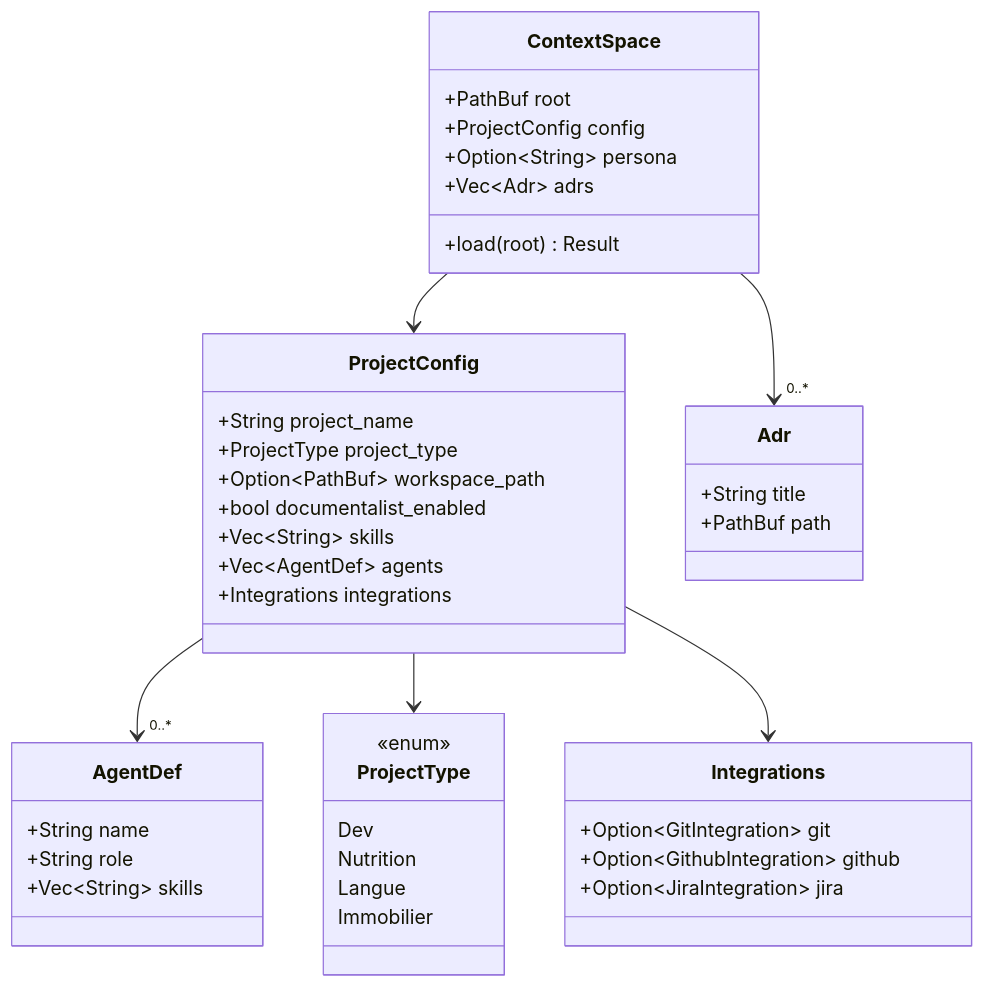
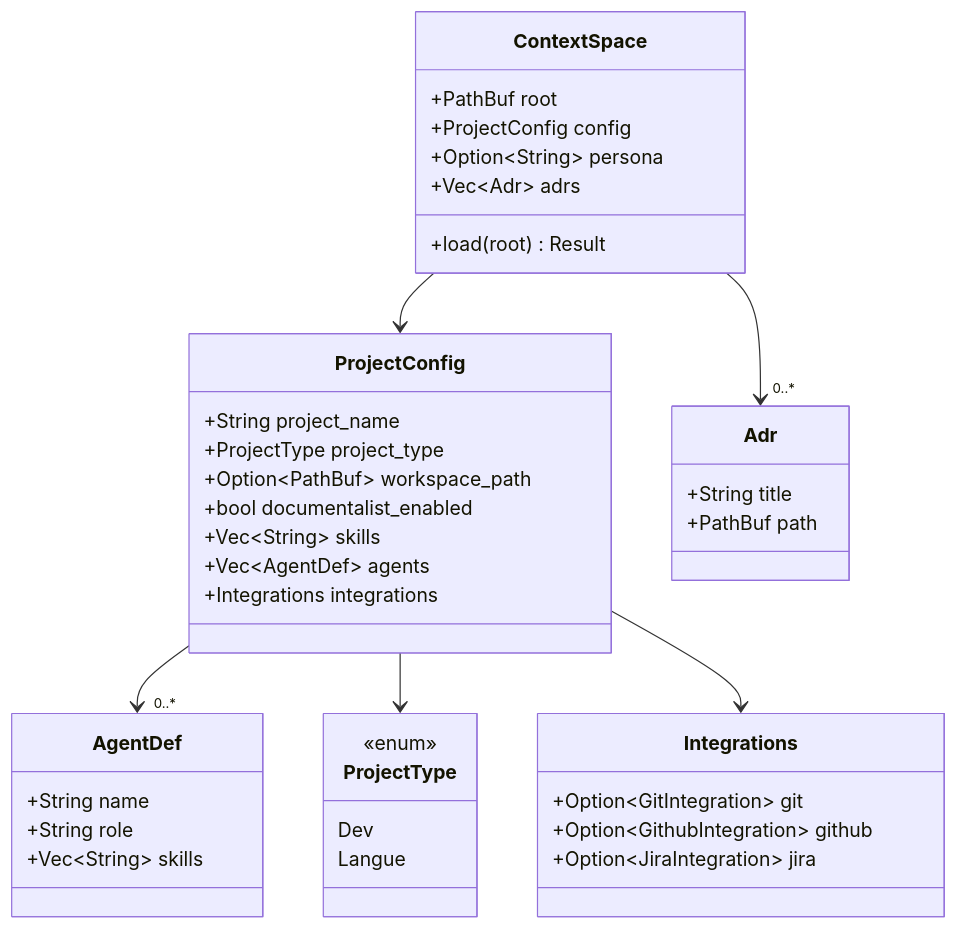
One commit to maximelarrieu/orchestra-ide changed the second of 7 diagrams in docs/ARCHITECTURE.md. Above: the diagram before and after it, drawn with Mermaid. The commit also changed other lines of this file and 16 other files, not shown here.

First line of the commit message:
refactor: recentrage DEV — suppression des types Immobilier et Nutrition

````diff
--- a/docs/ARCHITECTURE.md
+++ b/docs/ARCHITECTURE.md
@@ -93,45 +93,43 @@
 ```mermaid
 classDiagram
     class ContextSpace {
         +PathBuf root
         +ProjectConfig config
         +Option~String~ persona
         +Vec~Adr~ adrs
         +load(root) Result
     }
     class ProjectConfig {
         +String project_name
         +ProjectType project_type
         +Option~PathBuf~ workspace_path
         +bool documentalist_enabled
         +Vec~String~ skills
         +Vec~AgentDef~ agents
         +Integrations integrations
     }
     class AgentDef {
         +String name
         +String role
         +Vec~String~ skills
     }
     class ProjectType {
         <<enum>>
         Dev
-        Nutrition
         Langue
-        Immobilier
     }
     class Integrations {
         +Option~GitIntegration~ git
         +Option~GithubIntegration~ github
         +Option~JiraIntegration~ jira
     }
     class Adr {
         +String title
         +PathBuf path
     }
     ContextSpace --> ProjectConfig
     ContextSpace --> "0..*" Adr
     ProjectConfig --> "0..*" AgentDef
     ProjectConfig --> ProjectType
     ProjectConfig --> Integrations
 ```
````
